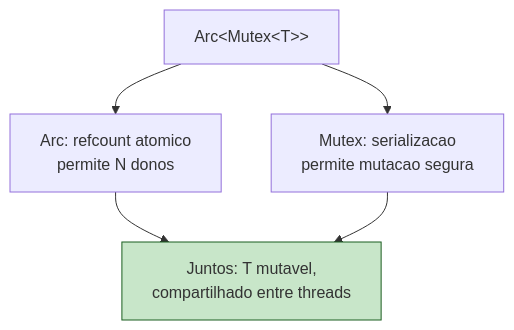
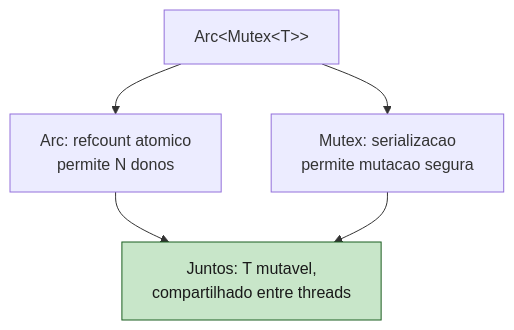
The first of 2 diagrams in book/part-11-concurrency/ch32-mutex-atomics.md (Felipeness/ferro-e-espirito), drawn with Mermaid before and after one commit. The commit also changed other lines of this file and 56 other files, not shown here.

First line of the commit message:
fix: contraste de texto em diagramas mermaid

````diff
--- a/book/part-11-concurrency/ch32-mutex-atomics.md
+++ b/book/part-11-concurrency/ch32-mutex-atomics.md
@@ -120,10 +120,10 @@
 ```mermaid
 graph TB
     Arc[Arc&lt;Mutex&lt;T&gt;&gt;]
     Arc --> ArcRole["Arc: refcount atomico<br/>permite N donos"]
     Arc --> MutexRole["Mutex: serializacao<br/>permite mutacao segura"]
     ArcRole --> Together[Juntos: T mutavel,<br/>compartilhado entre threads]
     MutexRole --> Together
 
-    style Together fill:#c8e6c9,stroke:#1b5e20
+    style Together fill:#c8e6c9,stroke:#1b5e20,color:#1a1a1a
 ```
````
